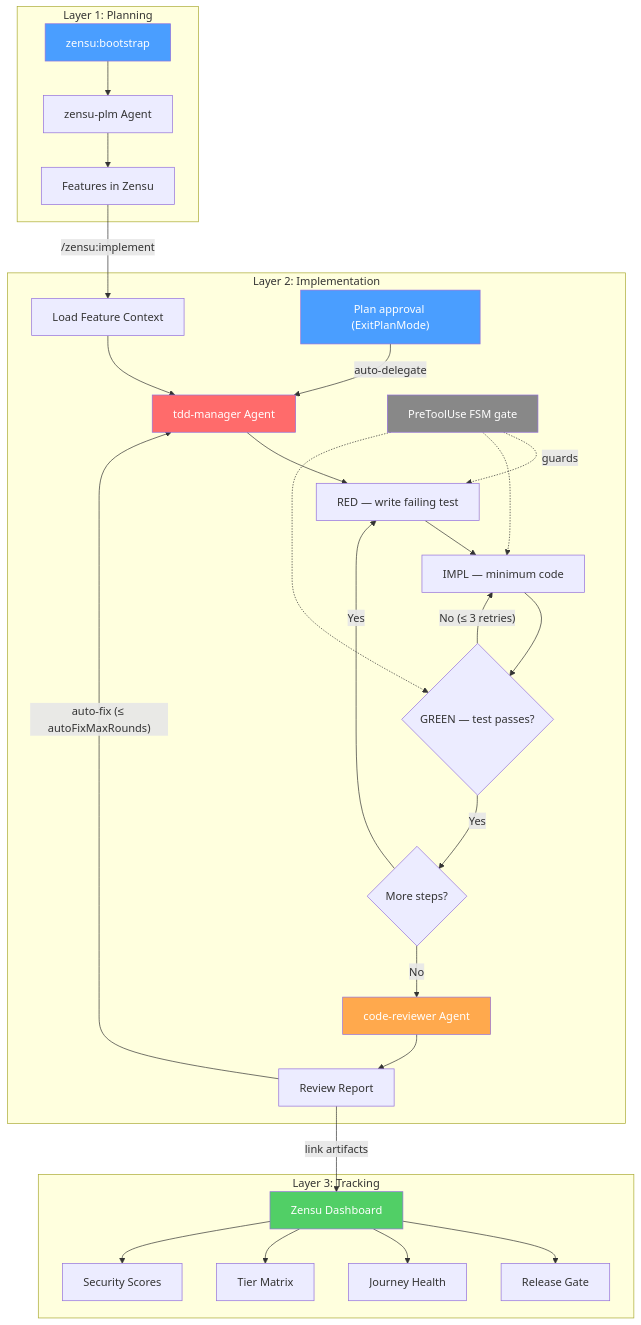
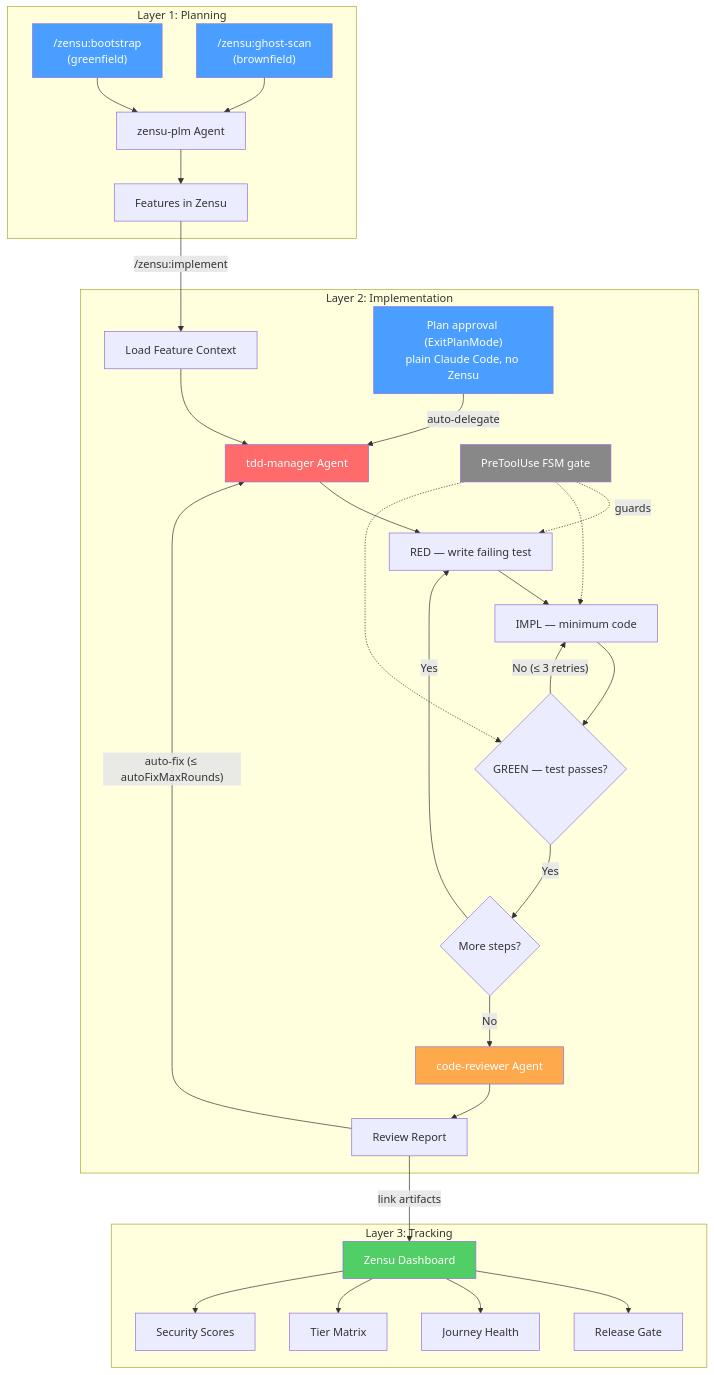
Before and after one commit to MKITConsulting/zensu-claude-code: the diagram in README.md, drawn with Mermaid. The commit also changed other lines of this file, not shown here.

First line of the commit message:
docs(readme): surface all three entry paths in chart + Three Layers

````diff
--- a/README.md
+++ b/README.md
@@ -25,40 +26,42 @@
 ```mermaid
 flowchart TD
     subgraph Planning["Layer 1: Planning"]
-        A["zensu:bootstrap"] --> B["zensu-plm Agent"]
+        A1["/zensu:bootstrap<br/>(greenfield)"] --> B["zensu-plm Agent"]
+        A2["/zensu:ghost-scan<br/>(brownfield)"] --> B
         B --> C["Features in Zensu"]
     end
 
     subgraph Implementation["Layer 2: Implementation"]
         C -->|"/zensu:implement"| D["Load Feature Context"]
-        PLAN["Plan approval (ExitPlanMode)"] -->|"auto-delegate"| E
+        PLAIN["Plan approval (ExitPlanMode)<br/>plain Claude Code, no Zensu"] -->|"auto-delegate"| E
         D --> E["tdd-manager Agent"]
         E --> RED["RED — write failing test"]
         RED --> IMPL["IMPL — minimum code"]
         IMPL --> GREEN{"GREEN — test passes?"}
         GREEN -->|"No (≤ 3 retries)"| IMPL
         GREEN -->|"Yes"| NEXT{"More steps?"}
         NEXT -->|"Yes"| RED
         NEXT -->|"No"| K["code-reviewer Agent"]
         K --> L["Review Report"]
         L -->|"auto-fix (≤ autoFixMaxRounds)"| E
         GATE["PreToolUse FSM gate"] -.guards.-> RED
         GATE -.-> IMPL
         GATE -.-> GREEN
     end
 
     subgraph Tracking["Layer 3: Tracking"]
         L -->|"link artifacts"| M["Zensu Dashboard"]
         M --> Q["Release Gate"]
         M --> P["Journey Health"]
         M --> O["Tier Matrix"]
         M --> N["Security Scores"]
     end
 
-    style A fill:#4a9eff,color:#fff
-    style PLAN fill:#4a9eff,color:#fff
+    style A1 fill:#4a9eff,color:#fff
+    style A2 fill:#4a9eff,color:#fff
+    style PLAIN fill:#4a9eff,color:#fff
     style E fill:#ff6b6b,color:#fff
     style GATE fill:#888,color:#fff
     style K fill:#ffa94d,color:#fff
     style M fill:#51cf66,color:#fff
 ```
````
